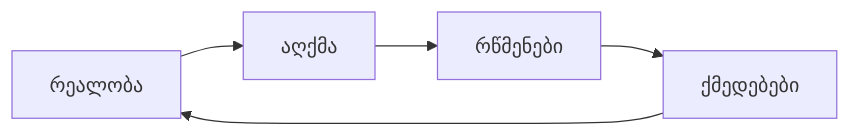
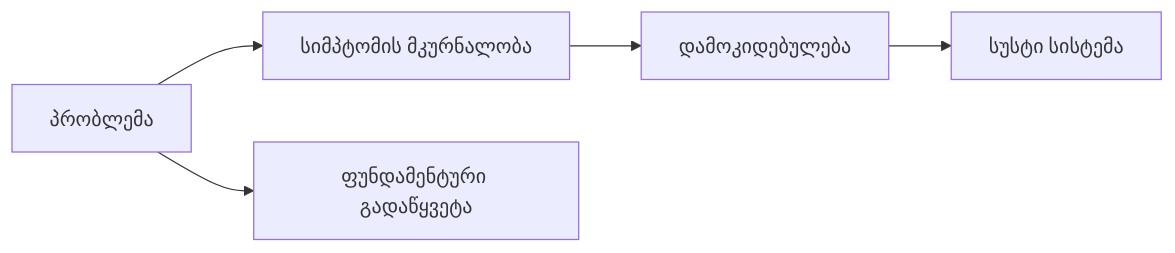
One commit to DavidTbilisi/BookSummary changed diagram 12 of 25 in books/src/007.md. Above: the diagram before and after it, drawn with Mermaid. The commit also changed other lines of this file and 10 other files, not shown here.

````diff
--- a/books/src/007.md
+++ b/books/src/007.md
@@ -138,7 +204,7 @@
 ```mermaid
 flowchart LR
-  Reality[რეალობა] --> Perception[აღქმა]
-  Perception --> Beliefs[რწმენები]
-  Beliefs --> Actions[ქმედებები]
-  Actions --> Reality
+  Problem[პრობლემა] --> SymptomFix[სიმპტომის მკურნალობა]
+  Problem --> RootFix[ფუნდამენტური გადაწყვეტა]
+  SymptomFix --> Dependency[დამოკიდებულება]
+  Dependency --> WeakSystem[სუსტი სისტემა]
 ```
````
